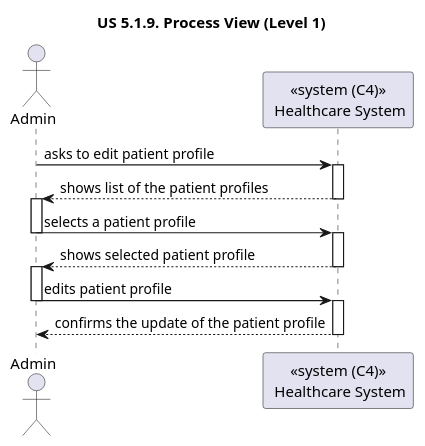
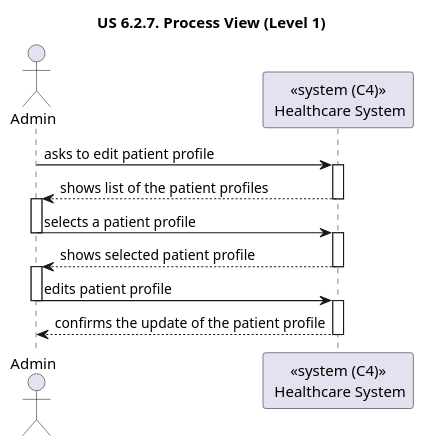
The diagram in docs/sprint-2/1221933/us-6.2.7/diagrams/n1/process-view-nivel1.puml (rita-barbosa/LAPR5-2425), drawn with PlantUML before and after one commit. The commit also changed 9 other files, not shown here.

Commit message:
DG38-331 | docs: adds process view of design.

```diff
--- a/docs/sprint-2/1221933/us-6.2.7/diagrams/n1/process-view-nivel1.puml
+++ b/docs/sprint-2/1221933/us-6.2.7/diagrams/n1/process-view-nivel1.puml
@@ -1,32 +1,32 @@
 @startuml
 'https://plantuml.com/sequence-diagram
 
-title "US 5.1.9. Process View (Level 1)"
+title "US 6.2.7. Process View (Level 1)"
 
 actor Admin as ADM
 participant "<<system (C4)>>\n Healthcare System" as SYS
 
 ADM -> SYS : asks to edit patient profile
 activate SYS
 
 SYS --> ADM : shows list of the patient profiles
 deactivate SYS
 activate ADM
 
 ADM -> SYS : selects a patient profile
 deactivate ADM
 activate SYS
 
 SYS --> ADM : shows selected patient profile
 deactivate SYS
 activate ADM
 
 ADM -> SYS : edits patient profile
 deactivate ADM
 activate SYS
 
 SYS --> ADM : confirms the update of the patient profile
 deactivate SYS
 
 
 @enduml
```
